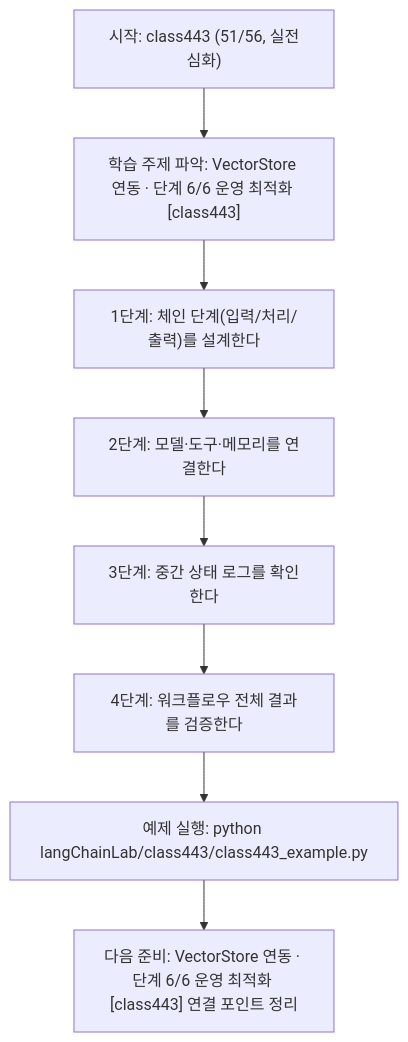
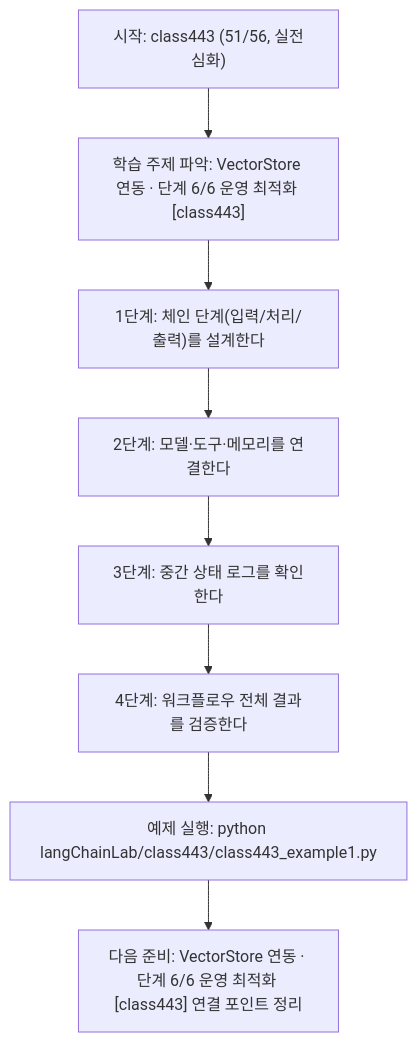
One commit to edumgt/Python-AI_Agent-Class changed the diagram in langChainLab/class443/class443.md. Above: the diagram before and after it, drawn with Mermaid. The commit also changed other lines of this file and 2959 other files, not shown here.

````diff
--- a/langChainLab/class443/class443.md
+++ b/langChainLab/class443/class443.md
@@ -109,18 +109,18 @@
 ```mermaid
 flowchart TD
 N1["시작: class443 (51/56, 실전심화)"]
 N2["학습 주제 파악: VectorStore 연동 · 단계 6/6 운영 최적화 [class443]"]
 N3["1단계: 체인 단계(입력/처리/출력)를 설계한다"]
 N4["2단계: 모델·도구·메모리를 연결한다"]
 N5["3단계: 중간 상태 로그를 확인한다"]
 N6["4단계: 워크플로우 전체 결과를 검증한다"]
-N7["예제 실행: python langChainLab/class443/class443_example.py"]
+N7["예제 실행: python langChainLab/class443/class443_example1.py"]
 N8["다음 준비: VectorStore 연동 · 단계 6/6 운영 최적화 [class443] 연결 포인트 정리"]
 N1 --> N2
 N2 --> N3
 N3 --> N4
 N4 --> N5
 N5 --> N6
 N6 --> N7
 N7 --> N8
 ```
````
